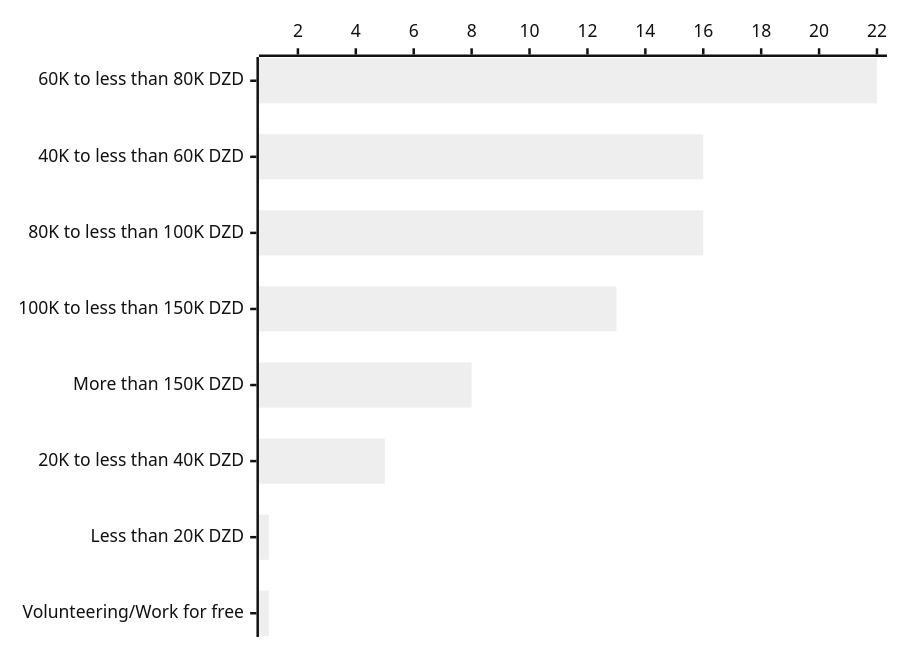
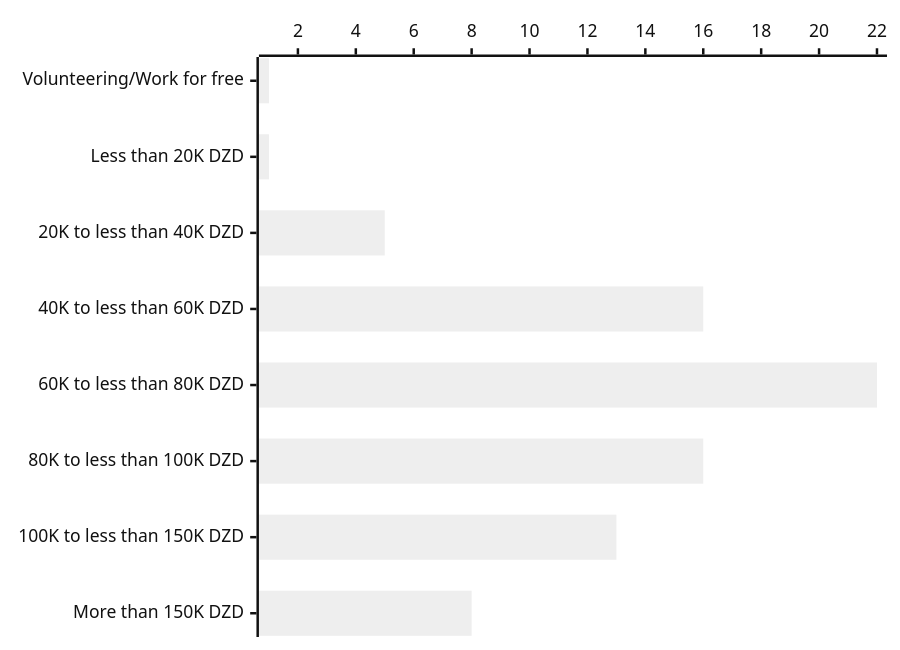
Before and after one commit to Fcmam5/state-of-dz-swe-2024: the fifth of 10 diagrams in website/docs/insights/remuneration.md, drawn with Mermaid (neutral theme). The commit also changed other lines of this file and 9 other files, not shown here.

````diff
--- a/website/docs/insights/remuneration.md
+++ b/website/docs/insights/remuneration.md
@@ -111,5 +111,5 @@
 ```mermaid
 xychart-beta horizontal
-  x-axis ["60K to less than 80K DZD","40K to less than 60K DZD","80K to less than 100K DZD","100K to less than 150K DZD","More than 150K DZD","20K to less than 40K DZD","Less than 20K DZD","Volunteering/Work for free"]
-  bar [22,16,16,13,8,5,1,1]
+  x-axis ["Volunteering/Work for free","Less than 20K DZD","20K to less than 40K DZD","40K to less than 60K DZD","60K to less than 80K DZD","80K to less than 100K DZD","100K to less than 150K DZD","More than 150K DZD"]
+  bar [1,1,5,16,22,16,13,8]
 ```
````
